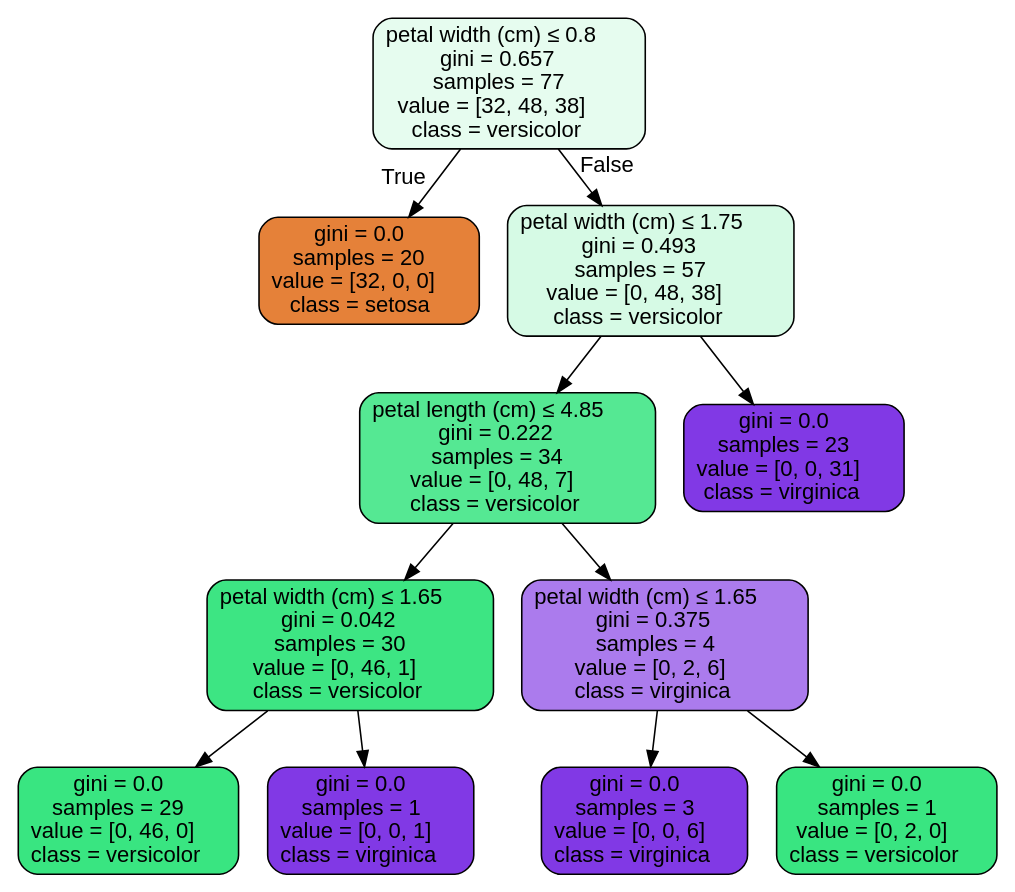
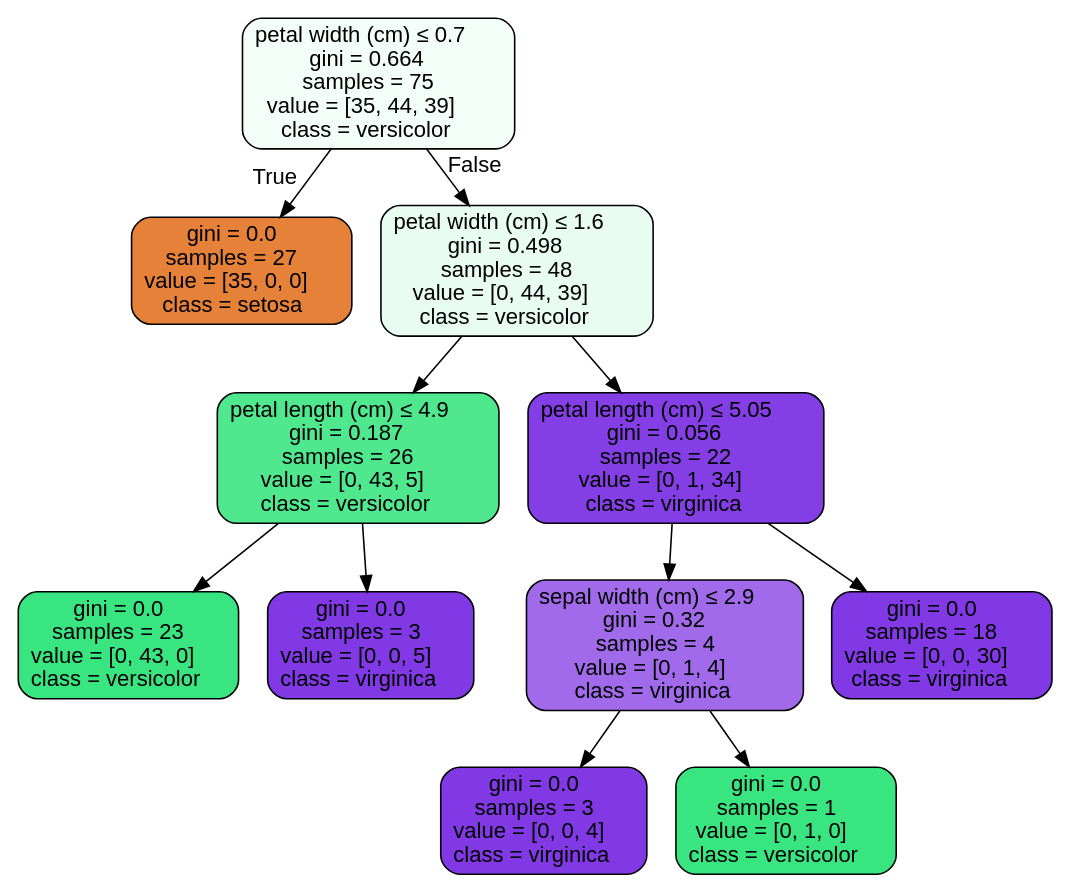
One commit to cindytrinh/basic_ML changed the diagram in TP4_decision_trees/Source.gv. Above: the diagram before and after it, drawn with Graphviz. The commit also changed 6 other files, not shown here.

```diff
--- a/TP4_decision_trees/Source.gv
+++ b/TP4_decision_trees/Source.gv
@@ -1,25 +1,25 @@
 digraph Tree {
 node [shape=box, style="filled, rounded", color="black", fontname=helvetica] ;
 edge [fontname=helvetica] ;
-0 [label=<petal width (cm) &le; 0.8<br/>gini = 0.657<br/>samples = 77<br/>value = [32, 48, 38]<br/>class = versicolor>, fillcolor="#39e58120"] ;
-1 [label=<gini = 0.0<br/>samples = 20<br/>value = [32, 0, 0]<br/>class = setosa>, fillcolor="#e58139ff"] ;
+0 [label=<petal width (cm) &le; 0.7<br/>gini = 0.664<br/>samples = 75<br/>value = [35, 44, 39]<br/>class = versicolor>, fillcolor="#39e58110"] ;
+1 [label=<gini = 0.0<br/>samples = 27<br/>value = [35, 0, 0]<br/>class = setosa>, fillcolor="#e58139ff"] ;
 0 -> 1 [labeldistance=2.5, labelangle=45, headlabel="True"] ;
-2 [label=<petal width (cm) &le; 1.75<br/>gini = 0.493<br/>samples = 57<br/>value = [0, 48, 38]<br/>class = versicolor>, fillcolor="#39e58135"] ;
+2 [label=<petal width (cm) &le; 1.6<br/>gini = 0.498<br/>samples = 48<br/>value = [0, 44, 39]<br/>class = versicolor>, fillcolor="#39e5811d"] ;
 0 -> 2 [labeldistance=2.5, labelangle=-45, headlabel="False"] ;
-3 [label=<petal length (cm) &le; 4.85<br/>gini = 0.222<br/>samples = 34<br/>value = [0, 48, 7]<br/>class = versicolor>, fillcolor="#39e581da"] ;
+3 [label=<petal length (cm) &le; 4.9<br/>gini = 0.187<br/>samples = 26<br/>value = [0, 43, 5]<br/>class = versicolor>, fillcolor="#39e581e1"] ;
 2 -> 3 ;
-4 [label=<petal width (cm) &le; 1.65<br/>gini = 0.042<br/>samples = 30<br/>value = [0, 46, 1]<br/>class = versicolor>, fillcolor="#39e581f9"] ;
+4 [label=<gini = 0.0<br/>samples = 23<br/>value = [0, 43, 0]<br/>class = versicolor>, fillcolor="#39e581ff"] ;
 3 -> 4 ;
-5 [label=<gini = 0.0<br/>samples = 29<br/>value = [0, 46, 0]<br/>class = versicolor>, fillcolor="#39e581ff"] ;
-4 -> 5 ;
-6 [label=<gini = 0.0<br/>samples = 1<br/>value = [0, 0, 1]<br/>class = virginica>, fillcolor="#8139e5ff"] ;
-4 -> 6 ;
-7 [label=<petal width (cm) &le; 1.65<br/>gini = 0.375<br/>samples = 4<br/>value = [0, 2, 6]<br/>class = virginica>, fillcolor="#8139e5aa"] ;
-3 -> 7 ;
-8 [label=<gini = 0.0<br/>samples = 3<br/>value = [0, 0, 6]<br/>class = virginica>, fillcolor="#8139e5ff"] ;
+5 [label=<gini = 0.0<br/>samples = 3<br/>value = [0, 0, 5]<br/>class = virginica>, fillcolor="#8139e5ff"] ;
+3 -> 5 ;
+6 [label=<petal length (cm) &le; 5.05<br/>gini = 0.056<br/>samples = 22<br/>value = [0, 1, 34]<br/>class = virginica>, fillcolor="#8139e5f8"] ;
+2 -> 6 ;
+7 [label=<sepal width (cm) &le; 2.9<br/>gini = 0.32<br/>samples = 4<br/>value = [0, 1, 4]<br/>class = virginica>, fillcolor="#8139e5bf"] ;
+6 -> 7 ;
+8 [label=<gini = 0.0<br/>samples = 3<br/>value = [0, 0, 4]<br/>class = virginica>, fillcolor="#8139e5ff"] ;
 7 -> 8 ;
-9 [label=<gini = 0.0<br/>samples = 1<br/>value = [0, 2, 0]<br/>class = versicolor>, fillcolor="#39e581ff"] ;
+9 [label=<gini = 0.0<br/>samples = 1<br/>value = [0, 1, 0]<br/>class = versicolor>, fillcolor="#39e581ff"] ;
 7 -> 9 ;
-10 [label=<gini = 0.0<br/>samples = 23<br/>value = [0, 0, 31]<br/>class = virginica>, fillcolor="#8139e5ff"] ;
-2 -> 10 ;
+10 [label=<gini = 0.0<br/>samples = 18<br/>value = [0, 0, 30]<br/>class = virginica>, fillcolor="#8139e5ff"] ;
+6 -> 10 ;
 }
```
